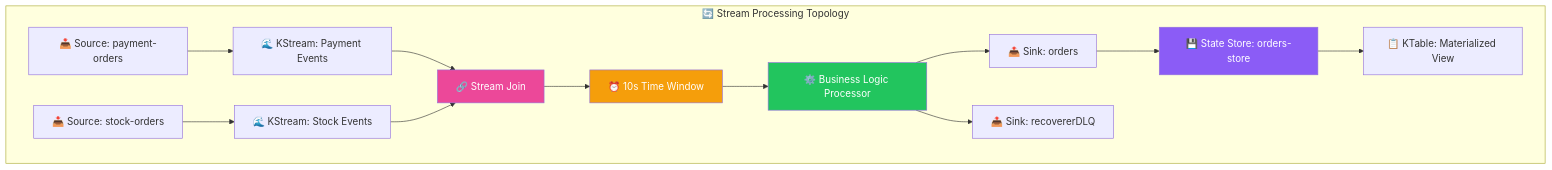
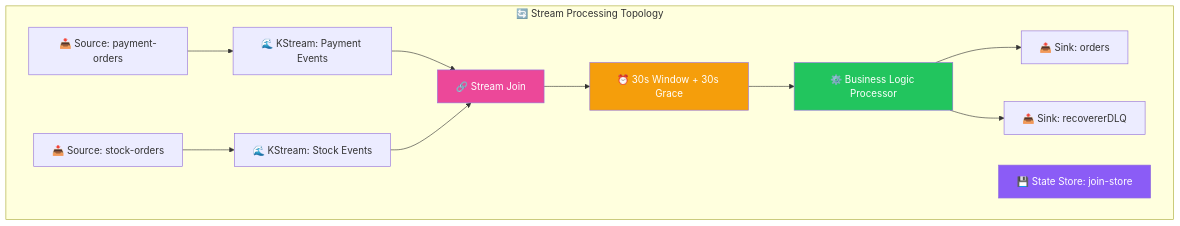
One commit to rajadilipkolli/spring-boot-microservices-series-v2 changed the second of 10 diagrams in order-service/docs/02-Kafka-Streams-Deep-Dive.md. Above: the diagram before and after it, drawn with Mermaid. The commit also changed other lines of this file and 51 other files, not shown here.

````diff
--- a/order-service/docs/02-Kafka-Streams-Deep-Dive.md
+++ b/order-service/docs/02-Kafka-Streams-Deep-Dive.md
@@ -83,40 +83,36 @@
 ```mermaid
 flowchart TD
     subgraph "🔄 Stream Processing Topology"
         SOURCE1[📥 Source: payment-orders]
         SOURCE2[📥 Source: stock-orders]
         
         STREAM1[🌊 KStream: Payment Events]
         STREAM2[🌊 KStream: Stock Events]
         
         JOIN[🔗 Stream Join]
-        WINDOW[⏰ 10s Time Window]
+        WINDOW[⏰ 30s Window + 30s Grace]
         
         PROCESSOR[⚙️ Business Logic Processor]
         
         SINK1[📤 Sink: orders]
         SINK2[📤 Sink: recovererDLQ]
         
-        STORE[💾 State Store: orders-store]
-        TABLE[📋 KTable: Materialized View]
+        STORE[💾 State Store: join-store]
     end
     
     SOURCE1 --> STREAM1
     SOURCE2 --> STREAM2
     
     STREAM1 --> JOIN
     STREAM2 --> JOIN
     JOIN --> WINDOW
     WINDOW --> PROCESSOR
     
     PROCESSOR --> SINK1
     PROCESSOR --> SINK2
     
-    SINK1 --> STORE
-    STORE --> TABLE
-    
     style JOIN fill:#ec4899,color:#ffffff
     style WINDOW fill:#f59e0b,color:#ffffff
     style PROCESSOR fill:#22c55e,color:#ffffff
     style STORE fill:#8b5cf6,color:#ffffff
 ```
````
